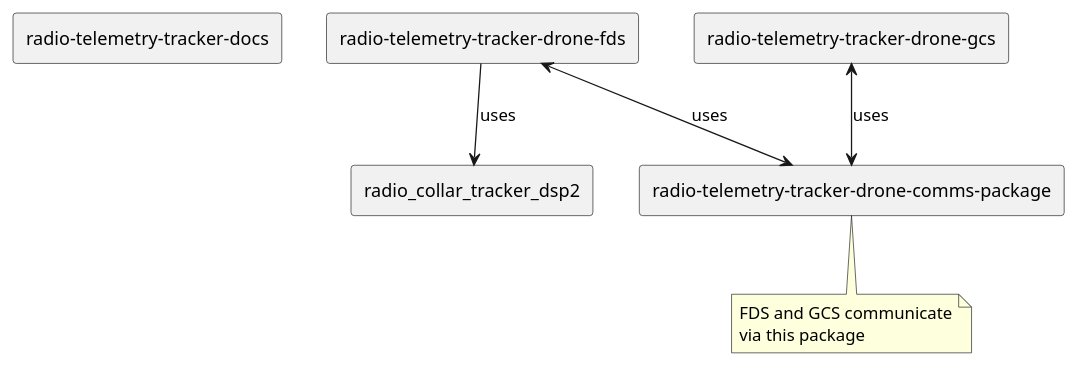
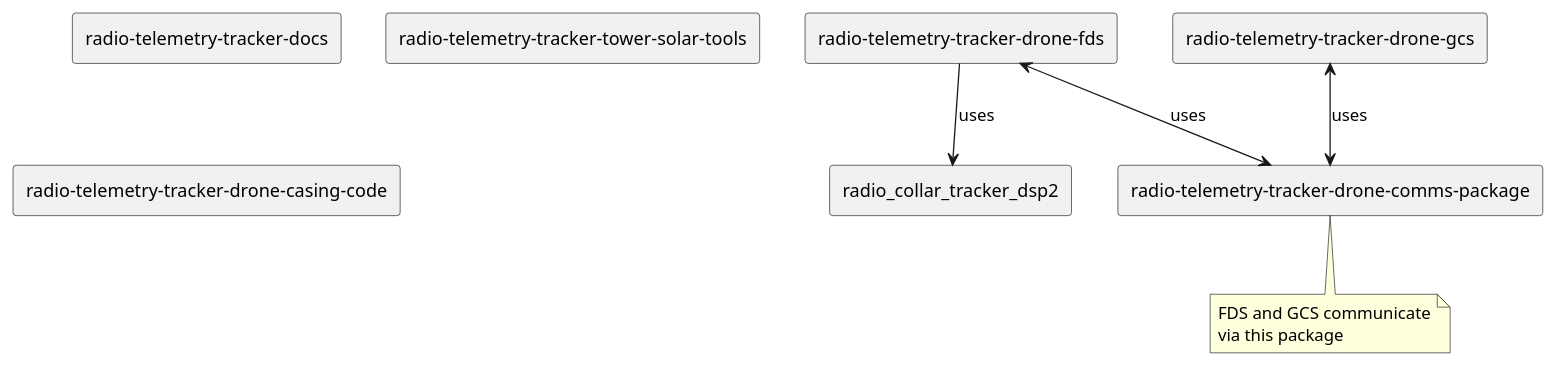
The diagram in diagrams/src/repo_relationship.puml (UCSD-E4E/radio-telemetry-tracker-docs), drawn with PlantUML before and after one commit. The commit also changed 16 other files, not shown here.

```diff
--- a/diagrams/src/repo_relationship.puml
+++ b/diagrams/src/repo_relationship.puml
@@ -1,17 +1,19 @@
 @startuml repo_relationship
 rectangle "radio-telemetry-tracker-docs" as docs
 rectangle "radio-telemetry-tracker-drone-comms-package" as comms
 rectangle "radio-telemetry-tracker-drone-fds" as fds
 rectangle "radio-telemetry-tracker-drone-gcs" as gcs
 rectangle "radio_collar_tracker_dsp2" as dsp2
+rectangle "radio-telemetry-tracker-tower-solar-tools" as solar
+rectangle "radio-telemetry-tracker-drone-casing-code" as casing
 
 fds <--> comms : uses
 gcs <--> comms : uses
 fds --> dsp2 : uses
 
 note bottom of comms
   FDS and GCS communicate
   via this package
 end note
 
 @enduml
```
